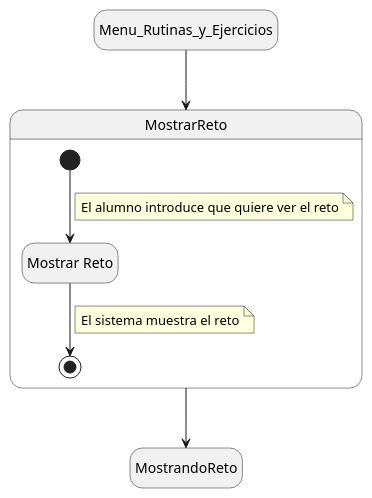
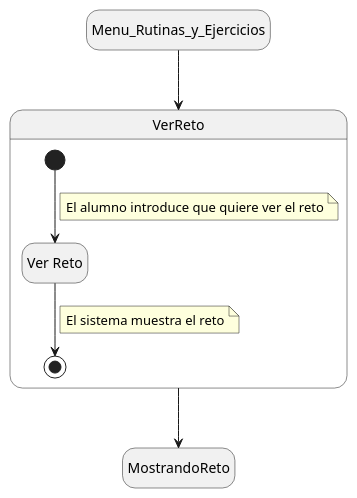
Before and after one commit to mmasias/24-25-IdSw1-SDR: the diagram in Documentos/DetallarCasosDeUso/Alumno/MostrarReto.puml, drawn with PlantUML.

Commit message:
Ver reto

```diff
--- a/Documentos/DetallarCasosDeUso/Alumno/MostrarReto.puml
+++ b/Documentos/DetallarCasosDeUso/Alumno/MostrarReto.puml
@@ -1,20 +1,20 @@
 @startuml
 
 hide empty description
 
 state Menu_Rutinas_y_Ejercicios
 
-state MostrarReto{
-    state VerReto as "Mostrar Reto"
-    [*] --> VerReto
+state VerReto{
+    state Ver as "Ver Reto"
+    [*] --> Ver
     note on link
         El alumno introduce que quiere ver el reto
     end note
-    VerReto --> [*]
+    Ver --> [*]
     note on link
         El sistema muestra el reto
     end note
 }
-Menu_Rutinas_y_Ejercicios --> MostrarReto
-MostrarReto --> MostrandoReto
+Menu_Rutinas_y_Ejercicios --> VerReto
+VerReto --> MostrandoReto
 @enduml
```
